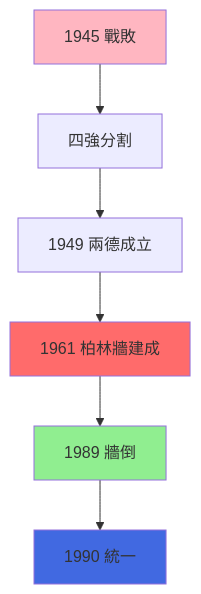
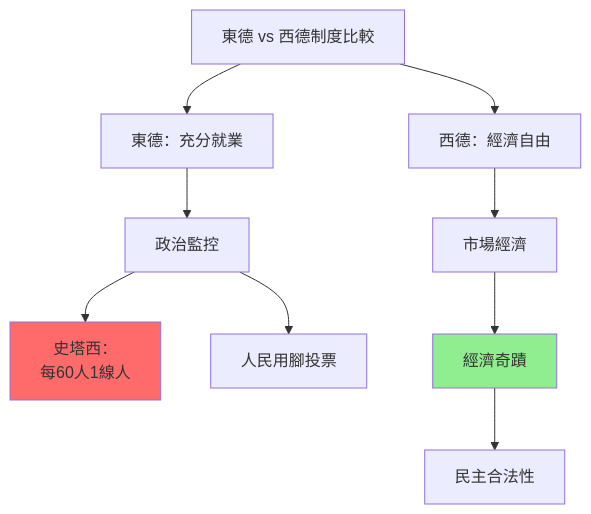
One commit to yip-lgtm/HKU-Harvard-History-Self-Study changed the second of 10 diagrams in 01_HKU_Courses/HIST2076_Germany_and_the_Cold_War.md. Above: the diagram before and after it, drawn with Mermaid. The commit also changed other lines of this file and 25 other files, not shown here.

````diff
--- a/01_HKU_Courses/HIST2076_Germany_and_the_Cold_War.md
+++ b/01_HKU_Courses/HIST2076_Germany_and_the_Cold_War.md
@@ -118,12 +160,13 @@
 ```mermaid
 graph TD
-    A["1945 戰敗"] --> B["四強分割"]
-    B --> C["1949 兩德成立"]
-    C --> D["1961 柏林牆建成"]
-    D --> E["1989 牆倒"]
-    E --> F["1990 統一"]
-    style A fill:#FFB6C1
-    style D fill:#FF6B6B
-    style E fill:#90EE90
-    style F fill:#4169E1
+    A["東德 vs 西德制度比較"] --> B["東德：充分就業"]
+    A --> C["西德：經濟自由"]
+    B --> D["政治監控"]
+    C --> E["市場經濟"]
+    D --> F["史塔西：<br/>每60人1線人"]
+    E --> G["經濟奇蹟"]
+    D --> H["人民用腳投票"]
+    G --> I["民主合法性"]
+    style F fill:#FF6B6B
+    style G fill:#90EE90
 ```
````
